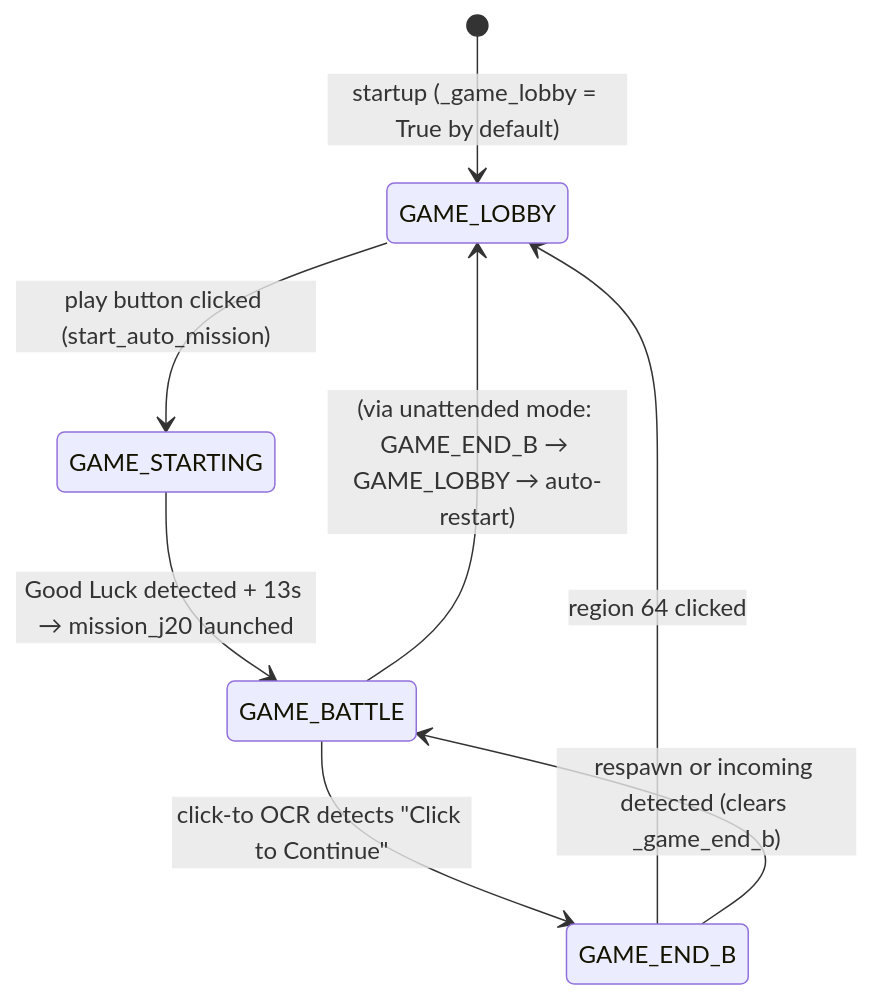
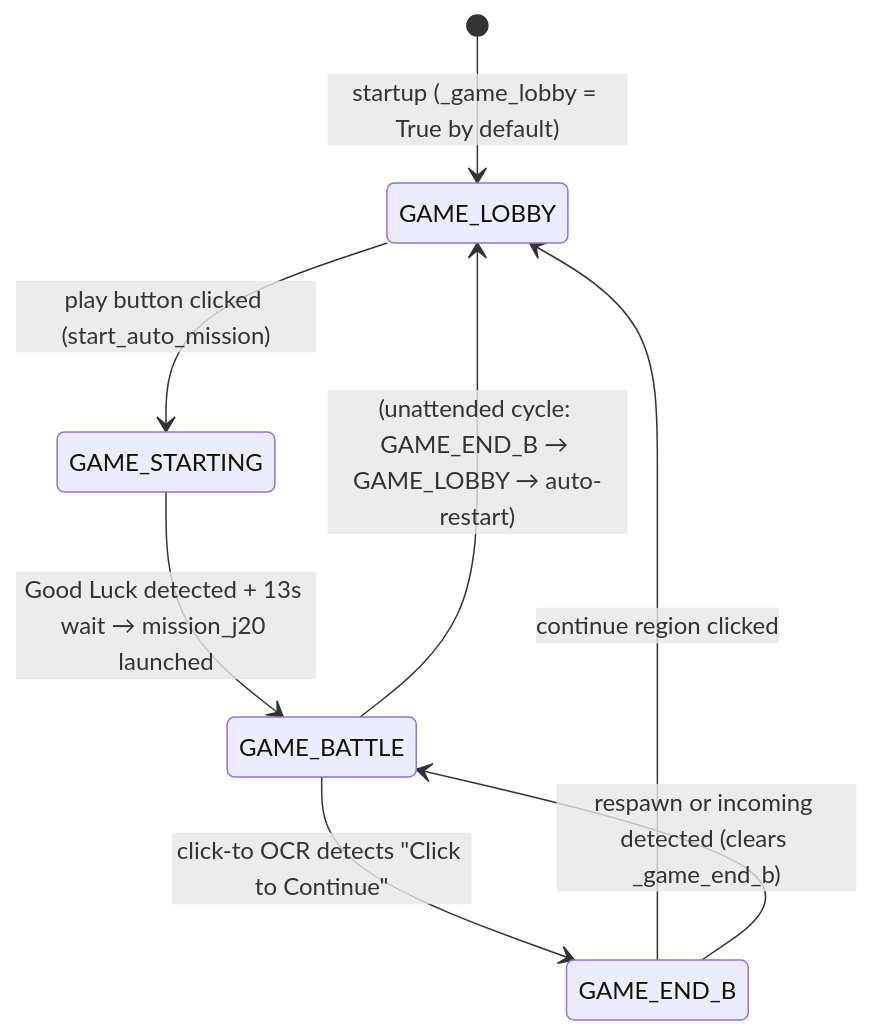
The third of 6 diagrams in docs/architecture.md (mhouse1/wingman), drawn with Mermaid before and after one commit. The commit also changed other lines of this file and 15 other files, not shown here.

````diff
--- a/docs/architecture.md
+++ b/docs/architecture.md
@@ -145,10 +145,10 @@
 ```mermaid
 stateDiagram-v2
     [*] --> GAME_LOBBY : startup (_game_lobby = True by default)
     GAME_LOBBY --> GAME_STARTING : play button clicked (start_auto_mission)
-    GAME_STARTING --> GAME_BATTLE : Good Luck detected + 13s → mission_j20 launched
+    GAME_STARTING --> GAME_BATTLE : Good Luck detected + 13s wait → mission_j20 launched
     GAME_BATTLE --> GAME_END_B : click-to OCR detects "Click to Continue"
-    GAME_END_B --> GAME_LOBBY : region 64 clicked
+    GAME_END_B --> GAME_LOBBY : continue region clicked
     GAME_END_B --> GAME_BATTLE : respawn or incoming detected (clears _game_end_b)
-    GAME_BATTLE --> GAME_LOBBY : (via unattended mode: GAME_END_B → GAME_LOBBY → auto-restart)
+    GAME_BATTLE --> GAME_LOBBY : (unattended cycle: GAME_END_B → GAME_LOBBY → auto-restart)
 ```
````
